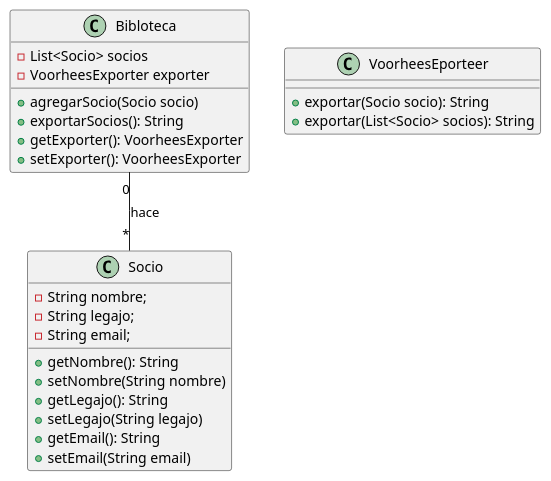
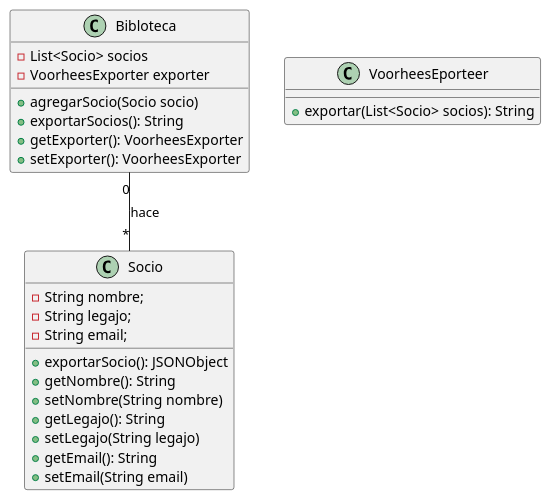
One commit to imnotsetro/OO2 changed the diagram in patrones-ejercicio1b-friday_the_13th/uml.plantuml. Above: the diagram before and after it, drawn with PlantUML. The commit also changed 35 other files, not shown here.

```diff
--- a/patrones-ejercicio1b-friday_the_13th/uml.plantuml
+++ b/patrones-ejercicio1b-friday_the_13th/uml.plantuml
@@ -1,34 +1,34 @@
 @startuml
 
 class Bibloteca {
     - List<Socio> socios
     - VoorheesExporter exporter
 
     + agregarSocio(Socio socio)
     + exportarSocios(): String
     + getExporter(): VoorheesExporter
     + setExporter(): VoorheesExporter
 }
 
 class Socio {
 	- String nombre;
 	- String legajo;
 	- String email;
 
+    + exportarSocio(): JSONObject
 	+ getNombre(): String
 	+ setNombre(String nombre)
     + getLegajo(): String
     + setLegajo(String legajo)
     + getEmail(): String
     + setEmail(String email)
 }
 
 class VoorheesEporteer {
 
-    + exportar(Socio socio): String
     + exportar(List<Socio> socios): String
 }
 
 Bibloteca "0" -- "*" Socio : hace
 
 @enduml
```
